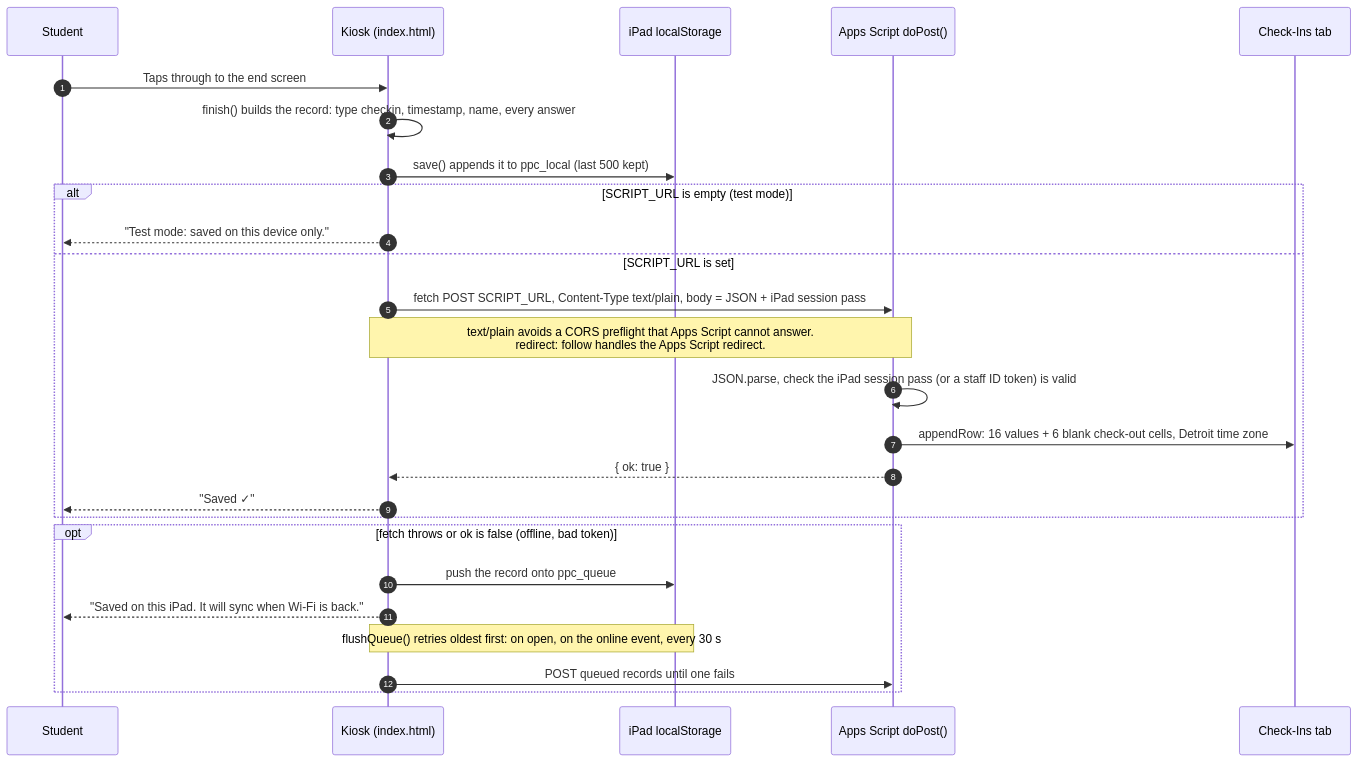
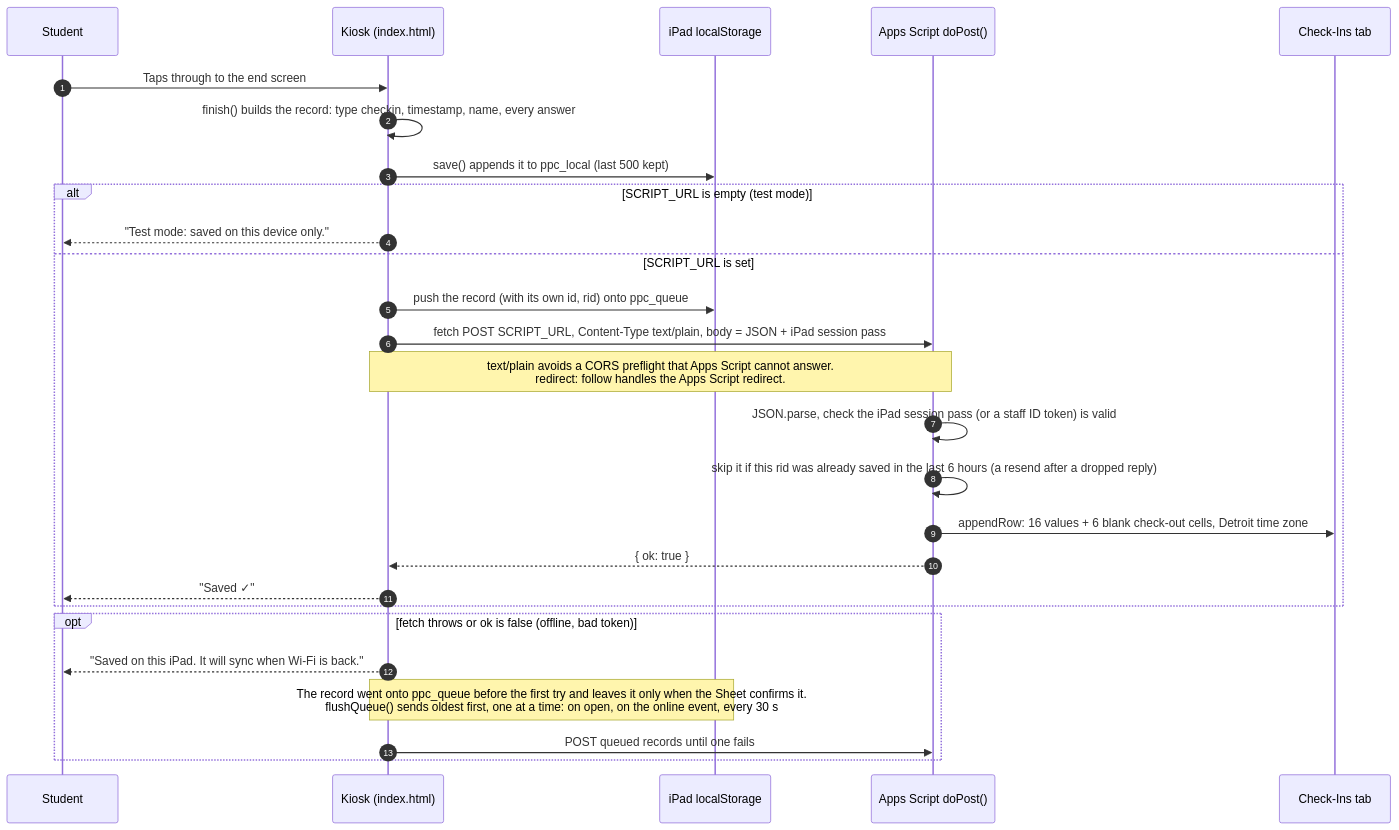
The second of 3 diagrams in README.md (REMC12W/panther-pride-checkin), drawn with Mermaid before and after one commit. The commit also changed other lines of this file and 10 other files, not shown here.

````diff
--- a/README.md
+++ b/README.md
@@ -102,29 +106,30 @@
 ```mermaid
 sequenceDiagram
   autonumber
   participant S as Student
   participant K as Kiosk (index.html)
   participant L as iPad localStorage
   participant A as Apps Script doPost()
   participant T as Check-Ins tab
 
   S->>K: Taps through to the end screen
   K->>K: finish() builds the record: type checkin, timestamp, name, every answer
   K->>L: save() appends it to ppc_local (last 500 kept)
   alt SCRIPT_URL is empty (test mode)
     K-->>S: "Test mode: saved on this device only."
   else SCRIPT_URL is set
+    K->>L: push the record (with its own id, rid) onto ppc_queue
     K->>A: fetch POST SCRIPT_URL, Content-Type text/plain, body = JSON + iPad session pass
     Note over K,A: text/plain avoids a CORS preflight that Apps Script cannot answer.<br/>redirect: follow handles the Apps Script redirect.
     A->>A: JSON.parse, check the iPad session pass (or a staff ID token) is valid
+    A->>A: skip it if this rid was already saved in the last 6 hours (a resend after a dropped reply)
     A->>T: appendRow: 16 values + 6 blank check-out cells, Detroit time zone
     A-->>K: { ok: true }
     K-->>S: "Saved ✓"
   end
   opt fetch throws or ok is false (offline, bad token)
-    K->>L: push the record onto ppc_queue
     K-->>S: "Saved on this iPad. It will sync when Wi-Fi is back."
-    Note over K,L: flushQueue() retries oldest first: on open, on the online event, every 30 s
+    Note over K,L: The record went onto ppc_queue before the first try and leaves it only when the Sheet confirms it.<br/>flushQueue() sends oldest first, one at a time: on open, on the online event, every 30 s
     K->>A: POST queued records until one fails
   end
 ```
````
